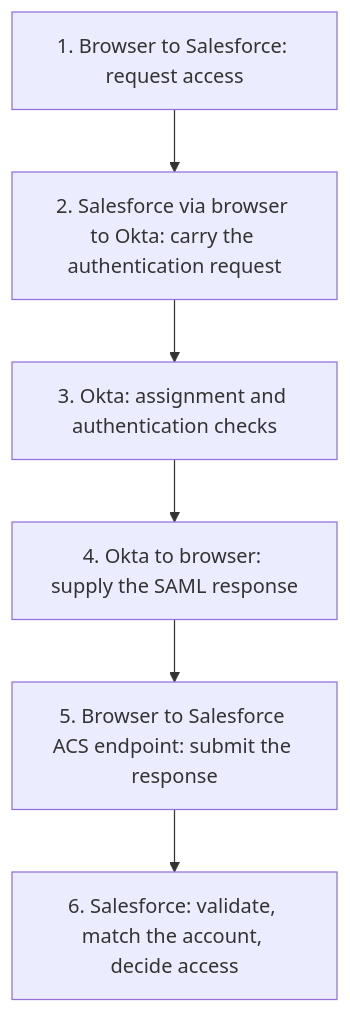
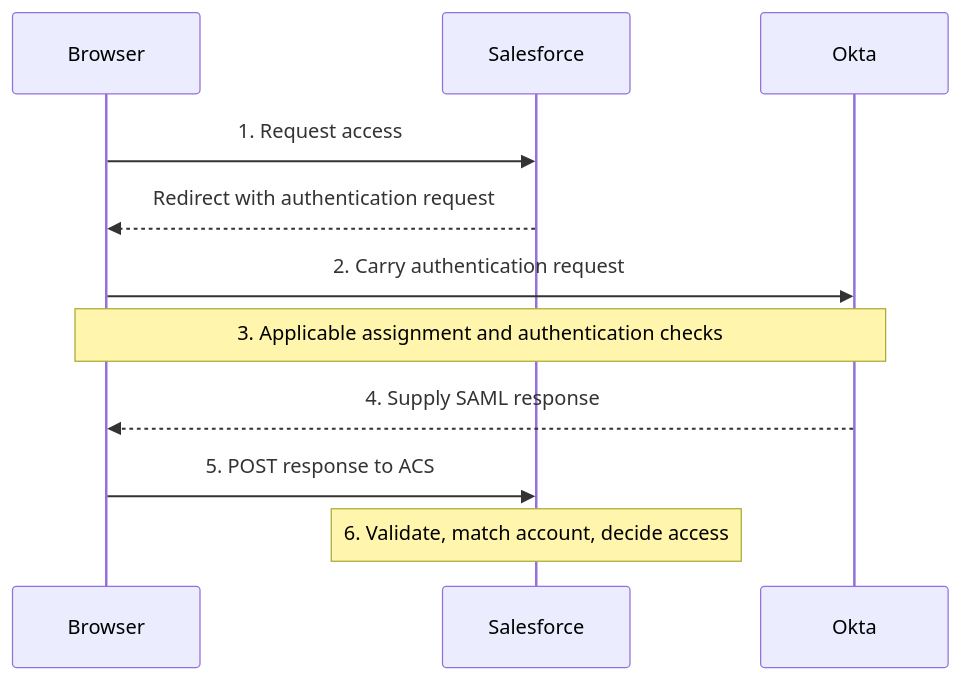
The diagram in lessons/day-08-saml.md (TedxHarry/Okta_Theory), drawn with Mermaid before and after one commit. The commit also changed other lines of this file and 63 other files, not shown here.

Commit message:
Clarify course references and repair Pages navigation and diagrams

````diff
--- a/lessons/day-08-saml.md
+++ b/lessons/day-08-saml.md
@@ -53,4 +53,13 @@
 ```mermaid
-flowchart TD
-  A["1. Browser to Salesforce: request access"] --> B["2. Salesforce via browser to Okta: carry the authentication request"] --> C["3. Okta: assignment and authentication checks"] --> D["4. Okta to browser: supply the SAML response"] --> E["5. Browser to Salesforce ACS endpoint: submit the response"] --> F["6. Salesforce: validate, match the account, decide access"]
+sequenceDiagram
+  participant B as Browser
+  participant S as Salesforce
+  participant O as Okta
+  B->>S: 1. Request access
+  S-->>B: Redirect with authentication request
+  B->>O: 2. Carry authentication request
+  Note over B,O: 3. Applicable assignment and authentication checks
+  O-->>B: 4. Supply SAML response
+  B->>S: 5. POST response to ACS
+  Note over S: 6. Validate, match account, decide access
 ```
````
